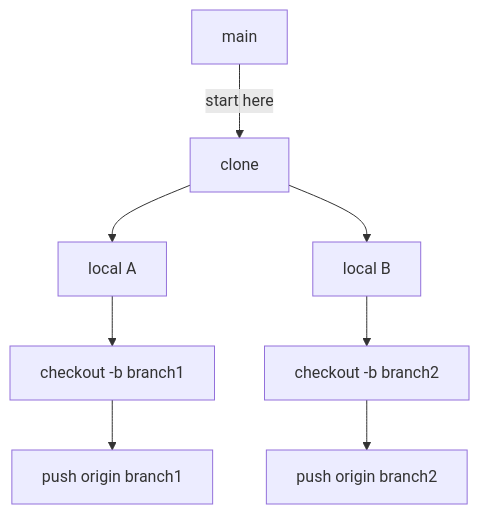
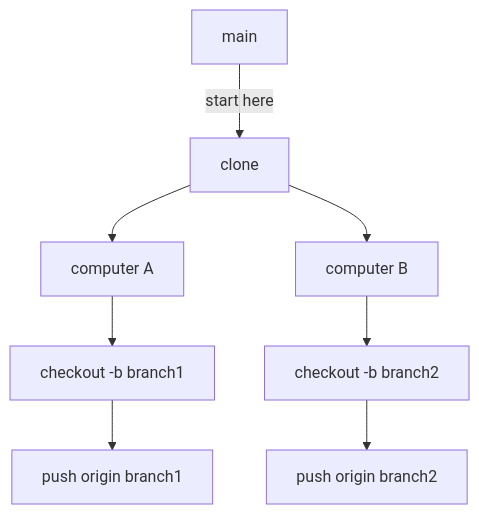
The diagram in README.md (mzmunechika/python_for_beginners), drawn with Mermaid before and after one commit. The commit also changed other lines of this file, not shown here.

````diff
--- a/README.md
+++ b/README.md
@@ -74,9 +79,9 @@
 ```mermaid
 flowchart TD
-M[main] -- start here --> A[clone] --> B[local A]
-A --> C[local B]
+M[main] -- start here --> A[clone] --> B[computer A]
+A --> C[computer B]
 B --> D[checkout -b branch1]
 C --> E[checkout -b branch2]
 D --> F[push origin branch1]
 E --> G[push origin branch2]
 ```
````
